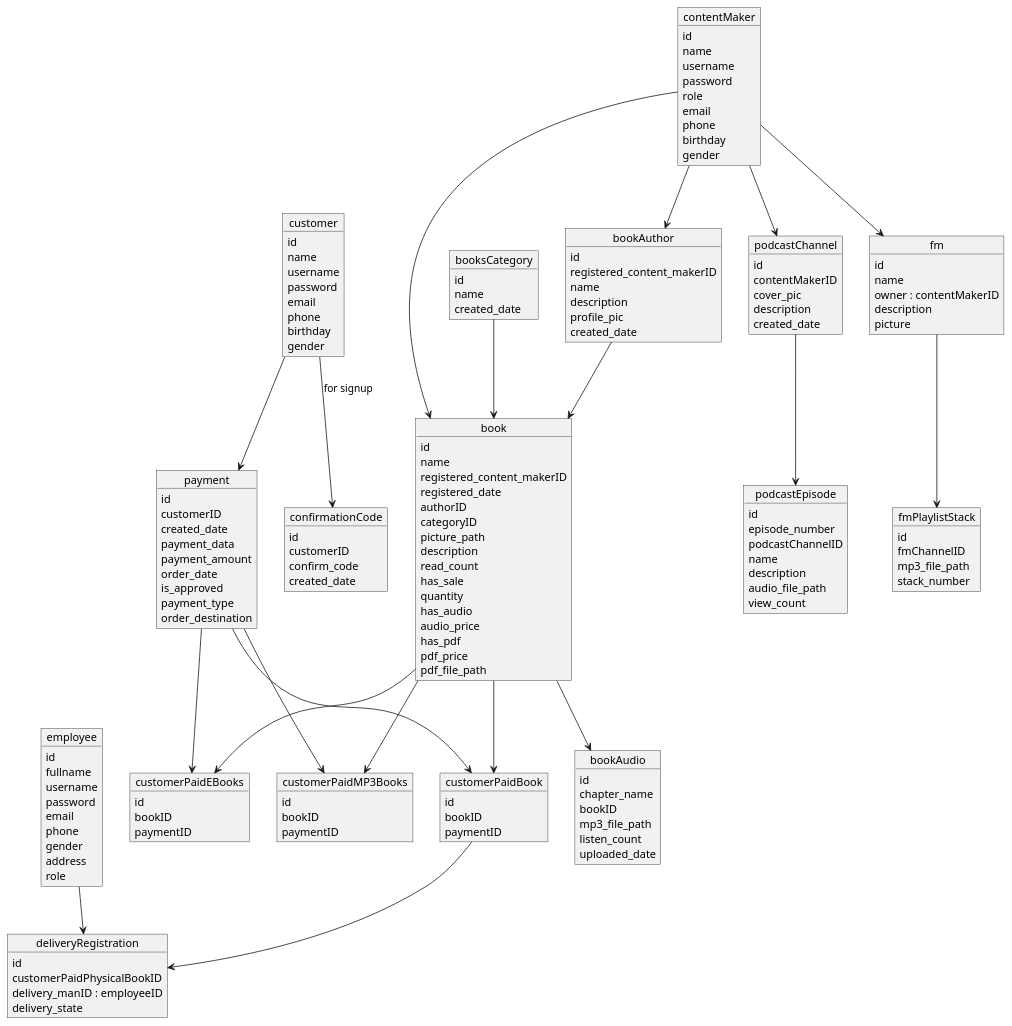
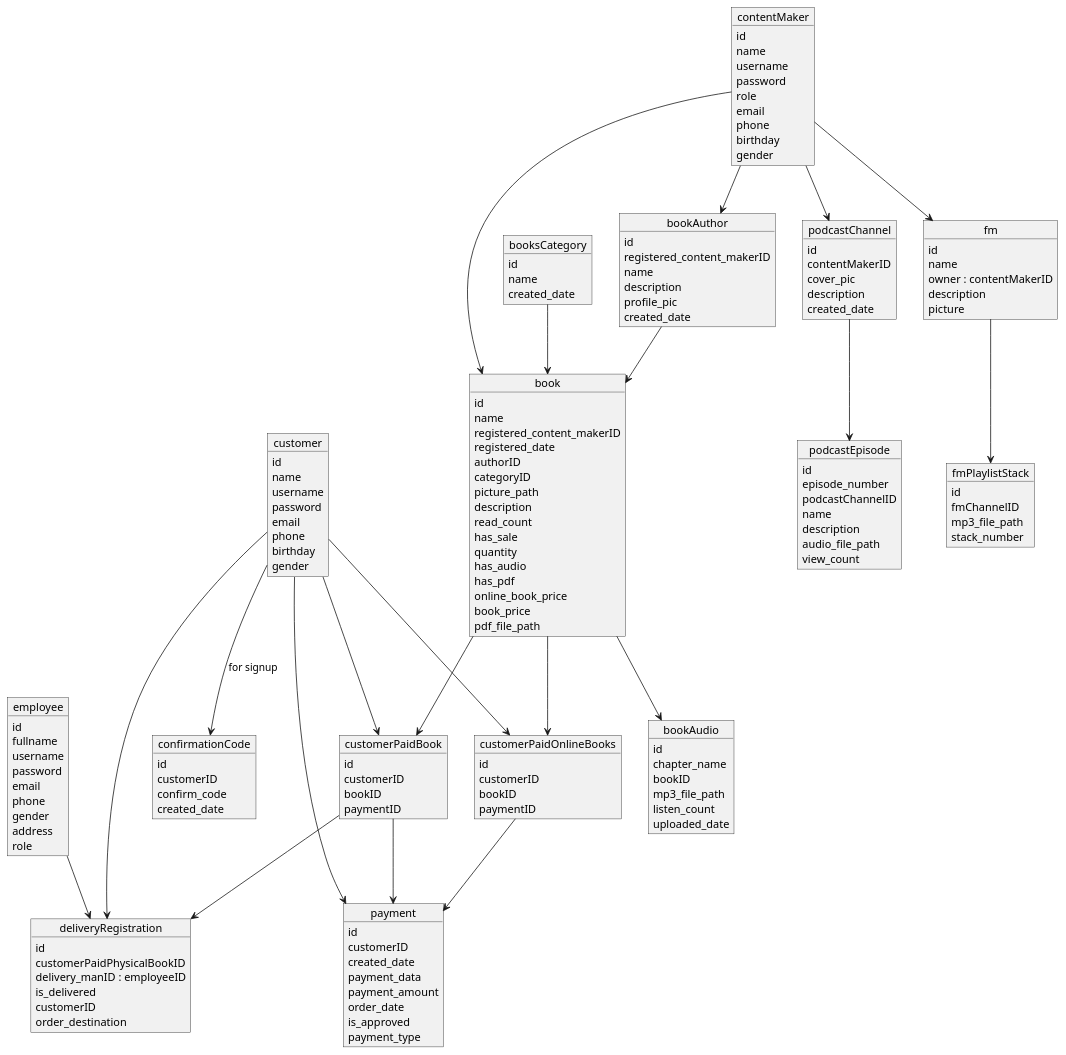
Before and after one commit to Bolortoli/Monnom-strapi-app: the diagram in entity-diagram/DB-entity-diagram.puml, drawn with PlantUML. The commit also changed 84 other files, not shown here.

Commit message:
Added comment, delivery registration, payment collection types

```diff
--- a/entity-diagram/DB-entity-diagram.puml
+++ b/entity-diagram/DB-entity-diagram.puml
@@ -1,193 +1,187 @@
 @startuml
 
 object employee {
     id
     fullname
     username
     password
     email
     phone
     gender
     address
     ' admin, manager, deliveryman
     role
 }
 
 object customer {
     id 
     name 
     username
     password
     email
     phone
     birthday
     gender
 }
 
 object contentMaker {
     id
     name
     username
     password
     ' podcast maker, booker registerer, fm admin
     role
     email
     phone
     birthday
     gender
     ' user_description
     ' profile_pic
 }
 
 object confirmationCode {
     id
     customerID
     confirm_code
     created_date
 }
 
-object customerPaidEBooks { 
+object customerPaidOnlineBooks { 
     id 
-    ' customerID
+    customerID
     bookID
     paymentID
     
 }
 
 object customerPaidBook {
     id
-    ' customerID
-    bookID
-    paymentID
-}
-
-object customerPaidMP3Books {
-    id
-    ' customerID
+    customerID
     bookID
     paymentID
 }
 
 object booksCategory {
     id
     name
     created_date
 }
 
 object book {
     id
     name
     registered_content_makerID
     registered_date
     authorID
     categoryID
     picture_path
     description
     read_count
     has_sale
     quantity
     has_audio
-    audio_price
     has_pdf
-    pdf_price
+    online_book_price
+    book_price
     pdf_file_path
 }
 
 object bookAuthor {
     id
     registered_content_makerID
     name
     description
     profile_pic
     created_date
 }
 
 object bookAudio {
     id
     chapter_name
     bookID
     mp3_file_path
     listen_count
     uploaded_date
 }
 
 object podcastChannel {
     id
     contentMakerID
     cover_pic
     description
     created_date
 }
 
 object podcastEpisode {
     id
     episode_number
     podcastChannelID
     name
     description
     audio_file_path
     view_count
 }
 
 
 object fm {
     id
     name
     owner : contentMakerID
     description
     picture
 }
 
 object fmPlaylistStack {
     id
     fmChannelID
     mp3_file_path
     stack_number
 }
 
 object payment {
     id
     customerID
     created_date
     payment_data
     payment_amount
     order_date
     is_approved
     ' for pdf, mp3 or physical
     payment_type    
-    order_destination
 }
 
 object deliveryRegistration {
     id
     customerPaidPhysicalBookID
     delivery_manID : employeeID
-    delivery_state
+    is_delivered
+    customerID
+    order_destination
 }
 
 
 
 contentMaker --> book
 contentMaker --> podcastChannel
 contentMaker --> fm
 fm --> fmPlaylistStack
 podcastChannel --> podcastEpisode
 customer --> confirmationCode : for signup
 booksCategory --> book
 bookAuthor --> book
 contentMaker --> bookAuthor
 book --> bookAudio
 customer --> payment
-' customer --> payment
-payment  --> customerPaidEBooks 
-payment  --> customerPaidMP3Books 
-payment  --> customerPaidBook 
+customerPaidOnlineBooks --> payment 
+customerPaidBook --> payment 
 book --> customerPaidBook
-book --> customerPaidEBooks
-book --> customerPaidMP3Books
+book --> customerPaidOnlineBooks
+customer --> customerPaidBook
+customer --> customerPaidOnlineBooks
 employee --> deliveryRegistration
 customerPaidBook --> deliveryRegistration 
+customer --> deliveryRegistration 
 
 
 
 @enduml
```
